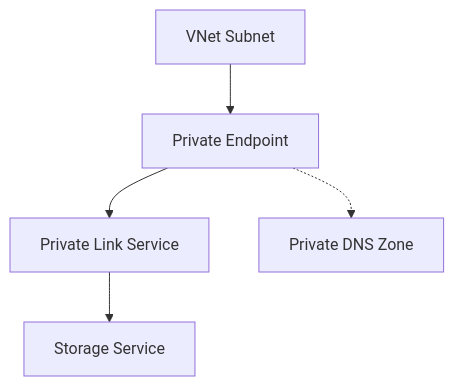
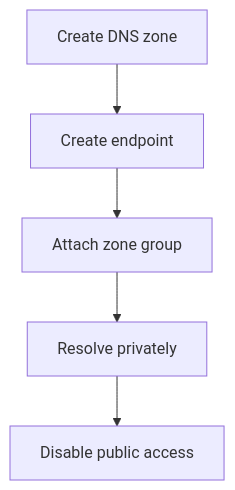
Before and after one commit to yeongseon/azure-storage-practical-guide: the diagram in docs/operations/use-private-endpoints.md, drawn with Mermaid. The commit also changed other lines of this file and 90 other files, not shown here.

Commit message:
docs: resolve storage documentation quality issues

````diff
--- a/docs/operations/use-private-endpoints.md
+++ b/docs/operations/use-private-endpoints.md
@@ -28,7 +26,12 @@
 ```mermaid
-graph TD
-    A[VNet Subnet] --> B[Private Endpoint]
-    B --> C[Private Link Service]
-    C --> D[Storage Service]
-    B -.-> E[Private DNS Zone]
+flowchart TD
+    A[Create DNS zone]
+    B[Create endpoint]
+    A --> B
+    C[Attach zone group]
+    B --> C
+    D[Resolve privately]
+    C --> D
+    E[Disable public access]
+    D --> E
 ```
````
